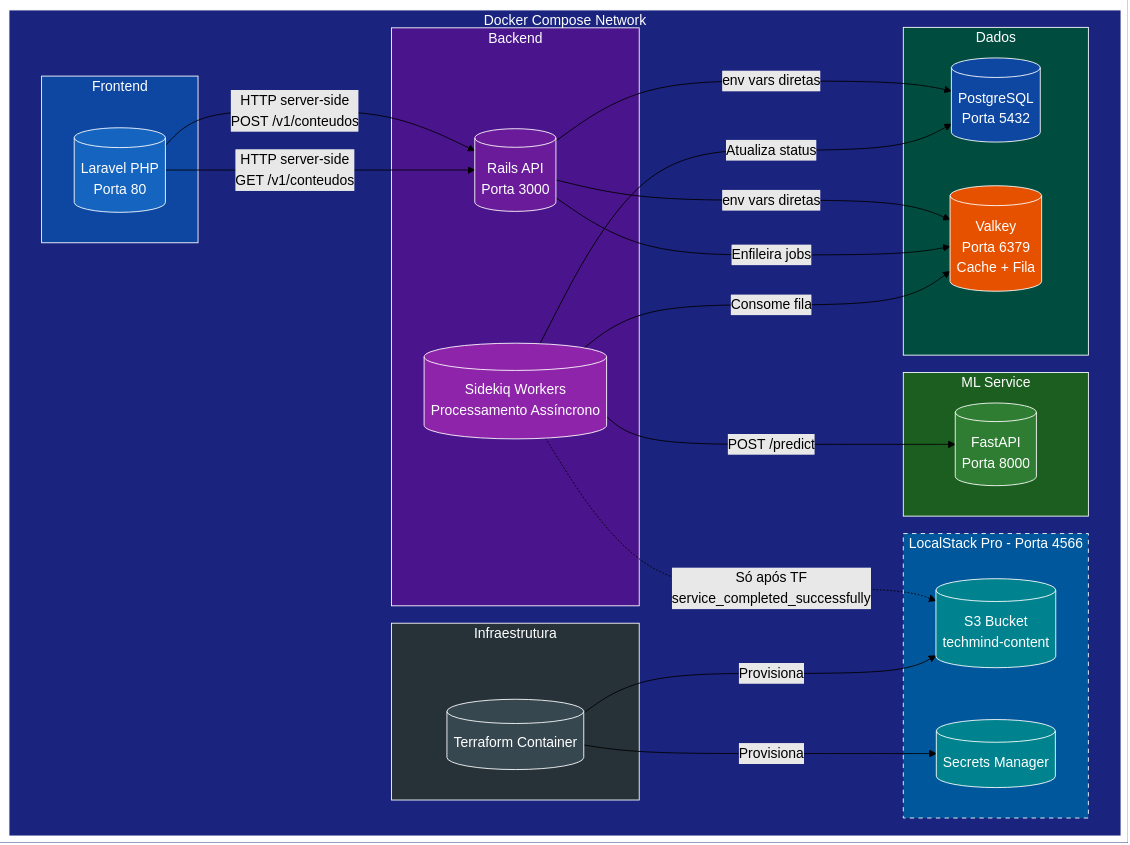
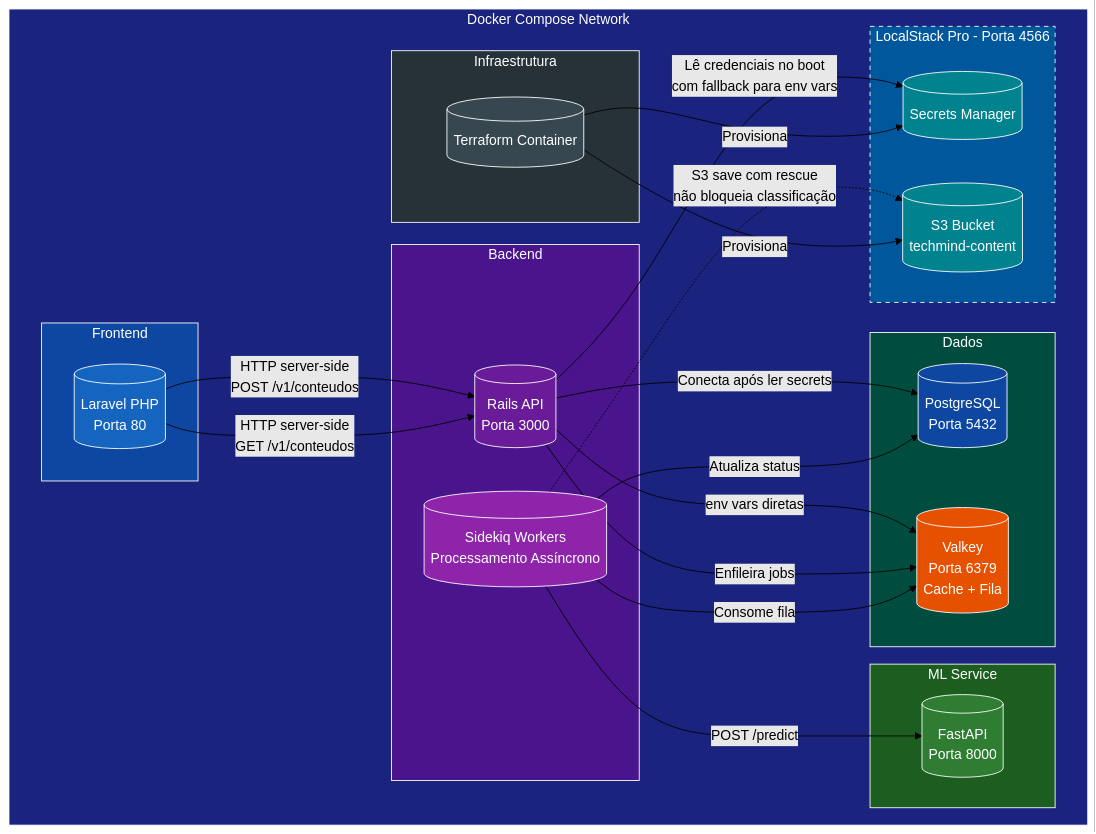
Before and after one commit to DessimA/tech-mind: the second of 5 diagrams in docs/03-arquitetura.md, drawn with Mermaid (forest theme). The commit also changed other lines of this file and 1 other file, not shown here.

Commit message:
docs(core): update RNF07, RNF09 and architecture (SM on boot, X-Forwarded-For, Sidekiq non-blocking)

````diff
--- a/docs/03-arquitetura.md
+++ b/docs/03-arquitetura.md
@@ -17,60 +17,61 @@
 ```mermaid
 flowchart TB
     subgraph Docker [Docker Compose Network]
         subgraph Frontend [Frontend]
             LARAVEL[("Laravel PHP<br/>Porta 80")]
         end
 
         subgraph Backend [Backend]
             RAILS[("Rails API<br/>Porta 3000")]
             SIDEKIQ[("Sidekiq Workers<br/>Processamento Assíncrono")]
         end
 
         subgraph ML [ML Service]
             FASTAPI[("FastAPI<br/>Porta 8000")]
         end
 
         subgraph Dados [Dados]
             PG[("PostgreSQL<br/>Porta 5432")]
             VALKEY[("Valkey<br/>Porta 6379<br/>Cache + Fila")]
         end
 
         subgraph AWS [LocalStack Pro - Porta 4566]
             S3[("S3 Bucket<br/>techmind-content")]
             SM[("Secrets Manager")]
         end
 
         subgraph IaC [Infraestrutura]
             TF[("Terraform Container")]
         end
     end
 
     LARAVEL -->|HTTP server-side<br/>POST /v1/conteudos| RAILS
     LARAVEL -->|HTTP server-side<br/>GET /v1/conteudos| RAILS
-    RAILS -->|env vars diretas| PG
+    RAILS -->|Lê credenciais no boot<br/>com fallback para env vars| SM
+    RAILS -->|Conecta após ler secrets| PG
     RAILS -->|env vars diretas| VALKEY
     RAILS -->|Enfileira jobs| VALKEY
     SIDEKIQ -->|Consome fila| VALKEY
     SIDEKIQ -->|POST /predict| FASTAPI
     SIDEKIQ -->|Atualiza status| PG
-    SIDEKIQ -.->|Só após TF<br/>service_completed_successfully| S3
+    SIDEKIQ -.->|S3 save com rescue<br/>não bloqueia classificação| S3
     TF -->|Provisiona| S3
     TF -->|Provisiona| SM
 
     style Docker fill:#1A237E,color:#fff,stroke:#fff
     style Frontend fill:#0D47A1,color:#fff,stroke:#fff
     style LARAVEL fill:#1565C0,color:#fff,stroke:#fff
     style Backend fill:#4A148C,color:#fff,stroke:#fff
     style RAILS fill:#6A1B9A,color:#fff,stroke:#fff
     style SIDEKIQ fill:#8E24AA,color:#fff,stroke:#fff
     style ML fill:#1B5E20,color:#fff,stroke:#fff
     style FASTAPI fill:#2E7D32,color:#fff,stroke:#fff
     style Dados fill:#004D40,color:#fff,stroke:#fff
     style PG fill:#0D47A1,color:#fff,stroke:#fff
     style VALKEY fill:#E65100,color:#fff,stroke:#fff
     style AWS fill:#01579B,color:#fff,stroke:#fff,stroke-dasharray: 5 5
     style S3 fill:#00838F,color:#fff,stroke:#fff
     style SM fill:#00838F,color:#fff,stroke:#fff
     style IaC fill:#263238,color:#fff,stroke:#fff
     style TF fill:#37474F,color:#fff,stroke:#fff
 ```
````
